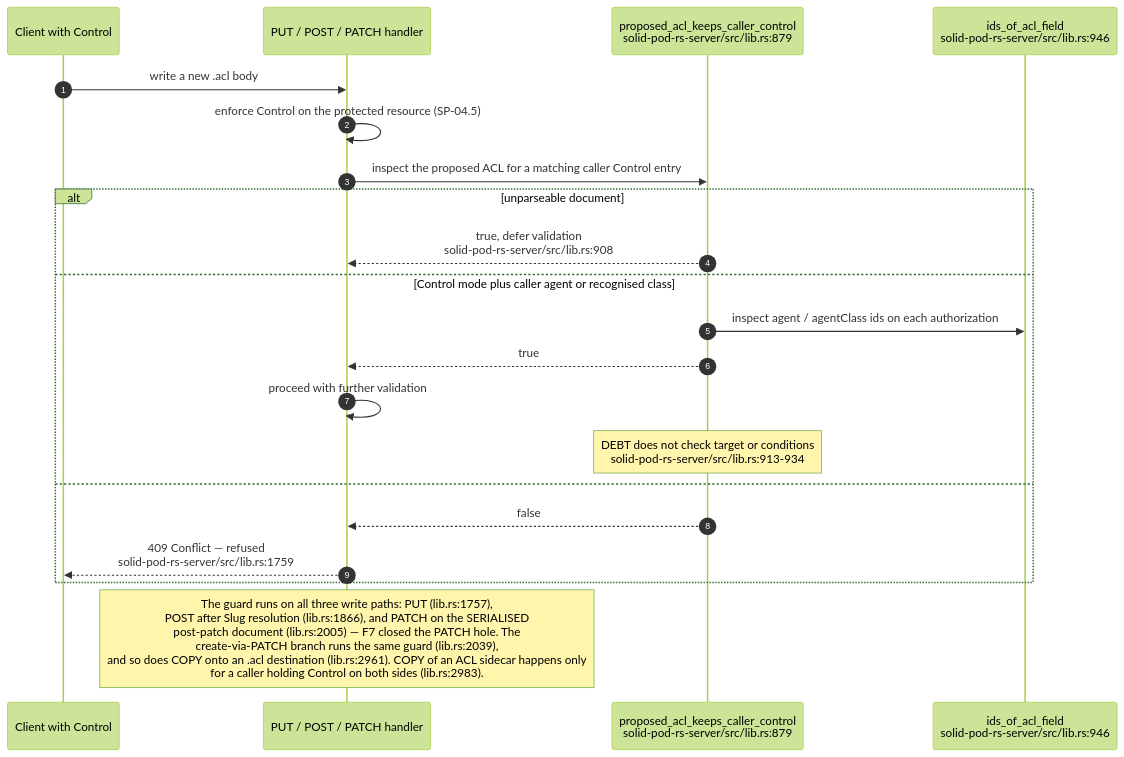
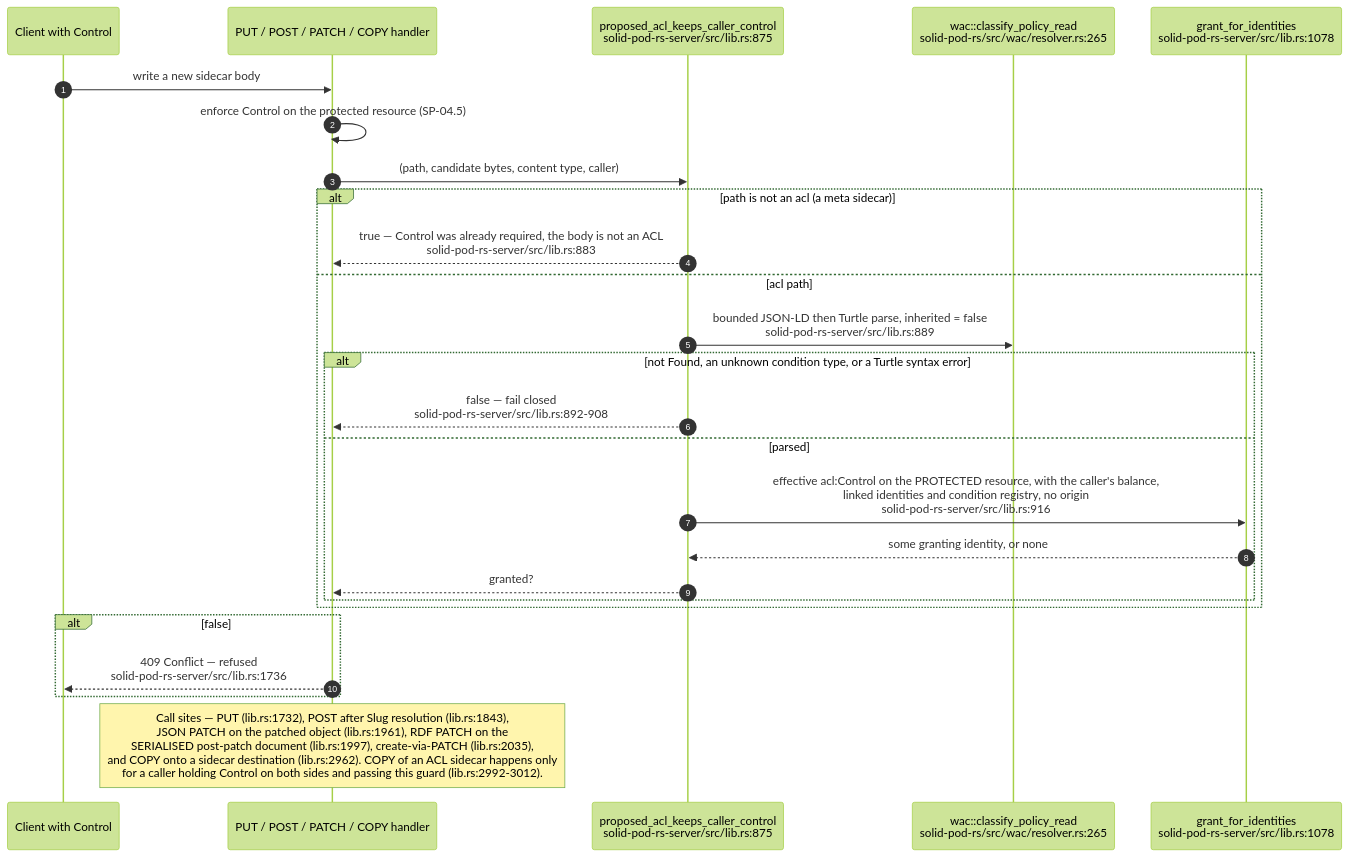
One commit to DreamLab-AI/VisionFlow changed the sixth of 13 diagrams in docs/diagrams/solid-pod-rs/04-wac-authorisation.md. Above: the diagram before and after it, drawn with Mermaid (forest theme). The commit also changed other lines of this file and 47 other files, not shown here.

````diff
--- a/docs/diagrams/solid-pod-rs/04-wac-authorisation.md
+++ b/docs/diagrams/solid-pod-rs/04-wac-authorisation.md
@@ -193,24 +201,29 @@
 ```mermaid
 sequenceDiagram
     autonumber
     participant C as Client with Control
-    participant H as PUT / POST / PATCH handler
-    participant G as proposed_acl_keeps_caller_control<br/>solid-pod-rs-server/src/lib.rs:879
-    participant IDS as ids_of_acl_field<br/>solid-pod-rs-server/src/lib.rs:946
+    participant H as PUT / POST / PATCH / COPY handler
+    participant G as proposed_acl_keeps_caller_control<br/>solid-pod-rs-server/src/lib.rs:875
+    participant CP as wac::classify_policy_read<br/>solid-pod-rs/src/wac/resolver.rs:265
+    participant GI as grant_for_identities<br/>solid-pod-rs-server/src/lib.rs:1078
 
-    C->>H: write a new .acl body
+    C->>H: write a new sidecar body
     H->>H: enforce Control on the protected resource (SP-04.5)
-    H->>G: inspect the proposed ACL for a matching caller Control entry
-    alt unparseable document
-        G-->>H: true, defer validation<br/>solid-pod-rs-server/src/lib.rs:908
-    else Control mode plus caller agent or recognised class
-        G->>IDS: inspect agent / agentClass ids on each authorization
-        G-->>H: true
-        H->>H: proceed with further validation
-        Note over G: DEBT does not check target or conditions<br/>solid-pod-rs-server/src/lib.rs:913-934
-    else
-        G-->>H: false
-        H-->>C: 409 Conflict — refused<br/>solid-pod-rs-server/src/lib.rs:1759
+    H->>G: (path, candidate bytes, content type, caller)
+    alt path is not an acl (a meta sidecar)
+        G-->>H: true — Control was already required, the body is not an ACL<br/>solid-pod-rs-server/src/lib.rs:883
+    else acl path
+        G->>CP: bounded JSON-LD then Turtle parse, inherited = false<br/>solid-pod-rs-server/src/lib.rs:889
+        alt not Found, an unknown condition type, or a Turtle syntax error
+            G-->>H: false — fail closed<br/>solid-pod-rs-server/src/lib.rs:892-908
+        else parsed
+            G->>GI: effective acl:Control on the PROTECTED resource, with the caller's balance,<br/>linked identities and condition registry, no origin<br/>solid-pod-rs-server/src/lib.rs:916
+            GI-->>G: some granting identity, or none
+            G-->>H: granted?
+        end
     end
-    Note over H: The guard runs on all three write paths: PUT (lib.rs:1757),<br/>POST after Slug resolution (lib.rs:1866), and PATCH on the SERIALISED<br/>post-patch document (lib.rs:2005) — F7 closed the PATCH hole. The<br/>create-via-PATCH branch runs the same guard (lib.rs:2039),<br/>and so does COPY onto an .acl destination (lib.rs:2961). COPY of an ACL sidecar happens only<br/>for a caller holding Control on both sides (lib.rs:2983).
+    alt false
+        H-->>C: 409 Conflict — refused<br/>solid-pod-rs-server/src/lib.rs:1736
+    end
+    Note over H: Call sites — PUT (lib.rs:1732), POST after Slug resolution (lib.rs:1843),<br/>JSON PATCH on the patched object (lib.rs:1961), RDF PATCH on the<br/>SERIALISED post-patch document (lib.rs:1997), create-via-PATCH (lib.rs:2035),<br/>and COPY onto a sidecar destination (lib.rs:2962). COPY of an ACL sidecar happens only<br/>for a caller holding Control on both sides and passing this guard (lib.rs:2992-3012).
 ```
````
